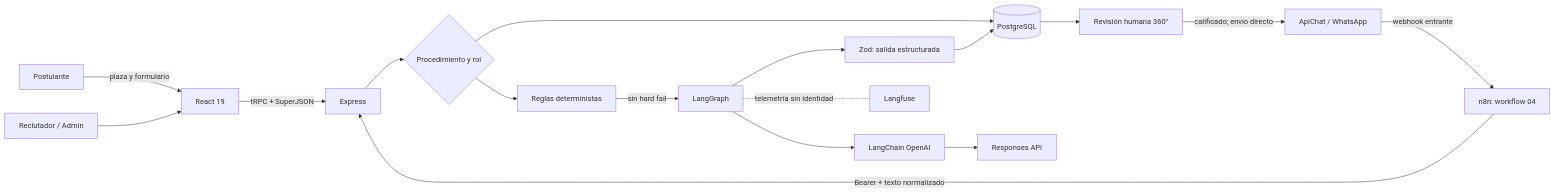
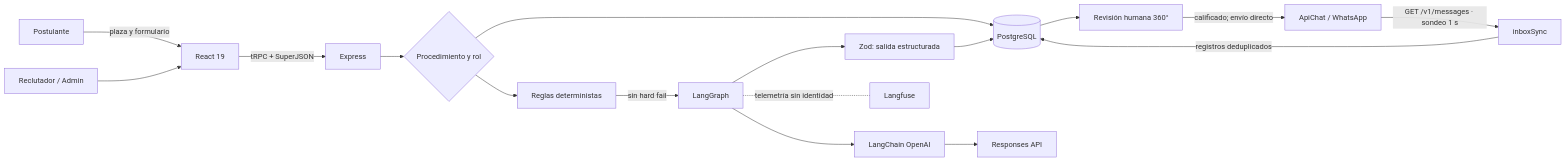
One commit to langgraph-aisa/reclutamiento-aisa-agent changed the first of 2 diagrams in README.md. Above: the diagram before and after it, drawn with Mermaid. The commit also changed other lines of this file and 8 other files, not shown here.

````diff
--- a/README.md
+++ b/README.md
@@ -158,19 +167,19 @@
 ```mermaid
 flowchart LR
     U[Postulante] -->|plaza y formulario| R[React 19]
     HR[Reclutador / Admin] --> R
     R -->|tRPC + SuperJSON| E[Express]
     E --> P{Procedimiento y rol}
     P --> DB[(PostgreSQL)]
     P --> D[Reglas deterministas]
     D -->|sin hard fail| G[LangGraph]
     G --> LC[LangChain OpenAI]
     LC --> O[Responses API]
     G --> Z[Zod: salida estructurada]
     Z --> DB
     DB --> H[Revisión humana 360°]
     H -->|calificado; envío directo| W[ApiChat / WhatsApp]
     G -.telemetría sin identidad.- L[Langfuse]
-    W -->|webhook entrante| N[n8n: workflow 04]
-    N -->|Bearer + texto normalizado| E
+    W -->|GET /v1/messages · sondeo 1 s| S[inboxSync]
+    S -->|registros deduplicados| DB
 ```
````
